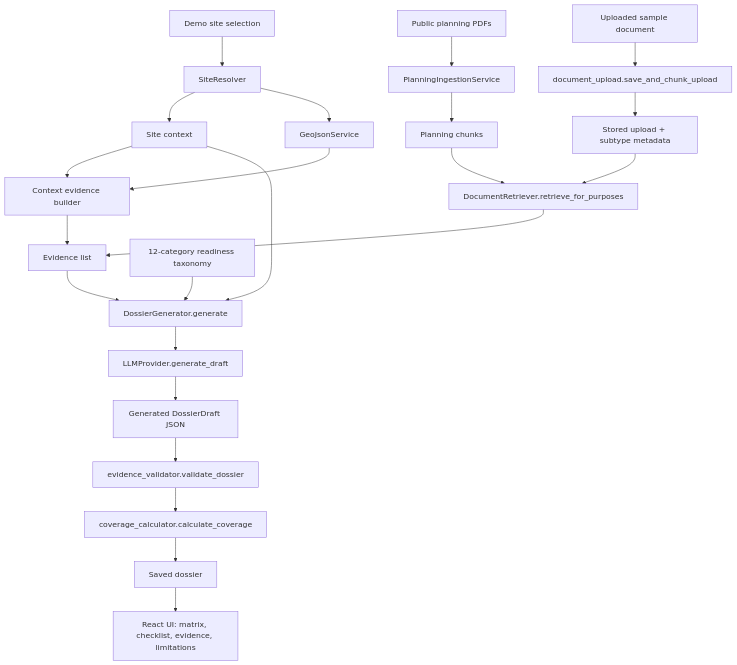
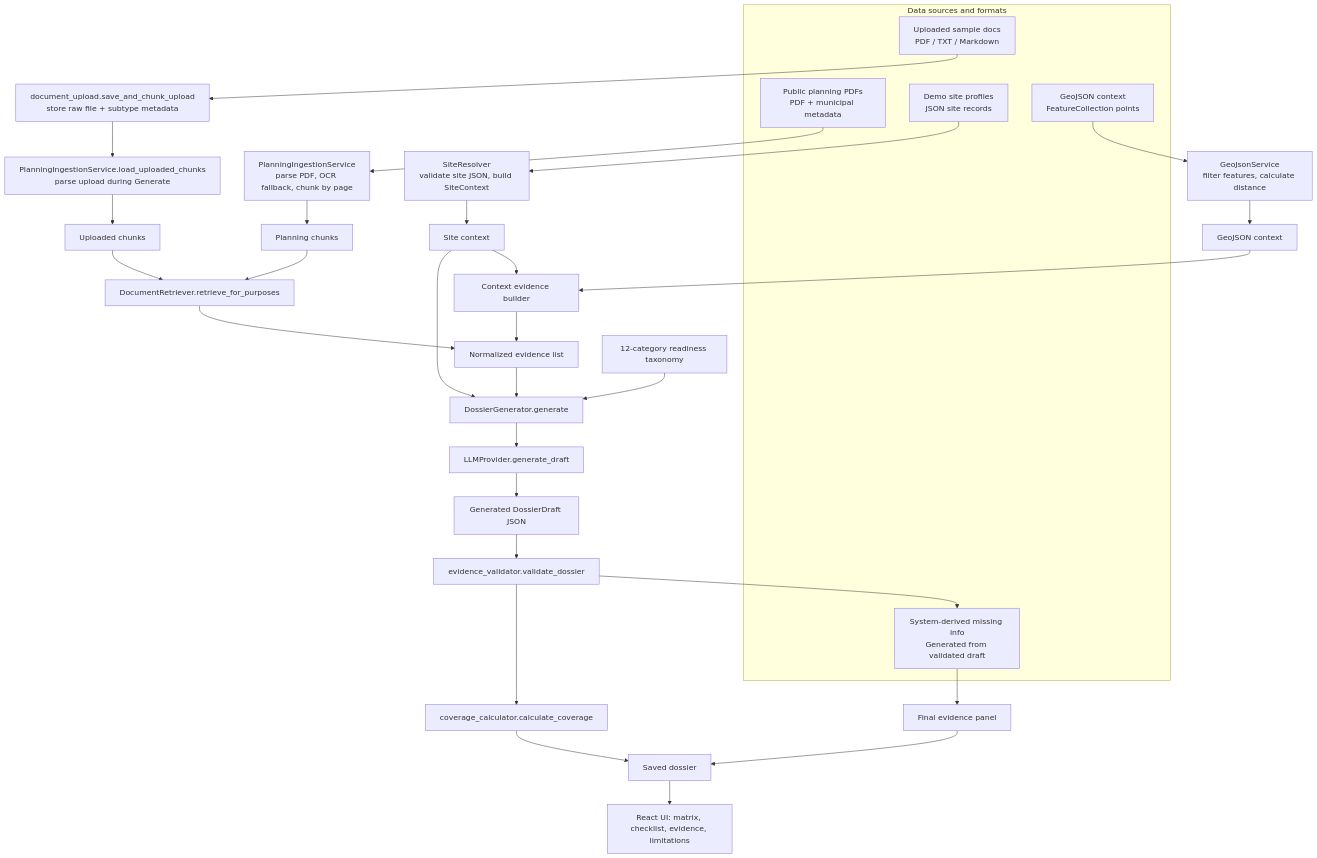
Before and after one commit to NinghanC/lux-renovate-intelligence: the diagram in README.md, drawn with Mermaid. The commit also changed other lines of this file, not shown here.

````diff
--- a/README.md
+++ b/README.md
@@ -110,30 +110,42 @@
 ```mermaid
 flowchart TD
-    A[Demo site selection] --> B[SiteResolver]
-    B --> C[Site context]
-    B --> D[GeoJsonService]
-    C --> E[Context evidence builder]
-    D --> E
+    subgraph DS[Data sources and formats]
+        A1[Public planning PDFs\nPDF + municipal metadata]
+        A2[Demo site profiles\nJSON site records]
+        A3[GeoJSON context\nFeatureCollection points]
+        A4[Uploaded sample docs\nPDF / TXT / Markdown]
+        A5[System-derived missing info\nGenerated from validated draft]
+    end
 
-    F[Public planning PDFs] --> G[PlanningIngestionService]
-    G --> H[Planning chunks]
+    A1 --> B1[PlanningIngestionService\nparse PDF, OCR fallback, chunk by page]
+    A2 --> B2[SiteResolver\nvalidate site JSON, build SiteContext]
+    A3 --> B3[GeoJsonService\nfilter features, calculate distance]
+    A4 --> B4[document_upload.save_and_chunk_upload\nstore raw file + subtype metadata]
+    B4 --> B5[PlanningIngestionService.load_uploaded_chunks\nparse upload during Generate]
 
-    I[Uploaded sample document] --> J[document_upload.save_and_chunk_upload]
-    J --> K[Stored upload + subtype metadata]
+    B1 --> C1[Planning chunks]
+    B5 --> C2[Uploaded chunks]
+    B2 --> C3[Site context]
+    B3 --> C4[GeoJSON context]
 
-    H --> L[DocumentRetriever.retrieve_for_purposes]
-    K --> L
-    E --> M[Evidence list]
+    C3 --> D1[Context evidence builder]
+    C4 --> D1
+    C1 --> D2[DocumentRetriever.retrieve_for_purposes]
+    C2 --> D2
+
+    D1 --> E[Normalized evidence list]
+    D2 --> E
+    E --> F[DossierGenerator.generate]
+    C3 --> F
+    G[12-category readiness taxonomy] --> F
+
+    F --> H[LLMProvider.generate_draft]
+    H --> I[Generated DossierDraft JSON]
+    I --> J[evidence_validator.validate_dossier]
+    J --> K[coverage_calculator.calculate_coverage]
+    J --> A5
+    A5 --> L[Final evidence panel]
+    K --> M[Saved dossier]
     L --> M
-
-    M --> N[DossierGenerator.generate]
-    C --> N
-    O[12-category readiness taxonomy] --> N
-
-    N --> P[LLMProvider.generate_draft]
-    P --> Q[Generated DossierDraft JSON]
-    Q --> R[evidence_validator.validate_dossier]
-    R --> S[coverage_calculator.calculate_coverage]
-    S --> T[Saved dossier]
-    T --> U[React UI: matrix, checklist, evidence, limitations]
+    M --> N[React UI: matrix, checklist, evidence, limitations]
 ```
````
